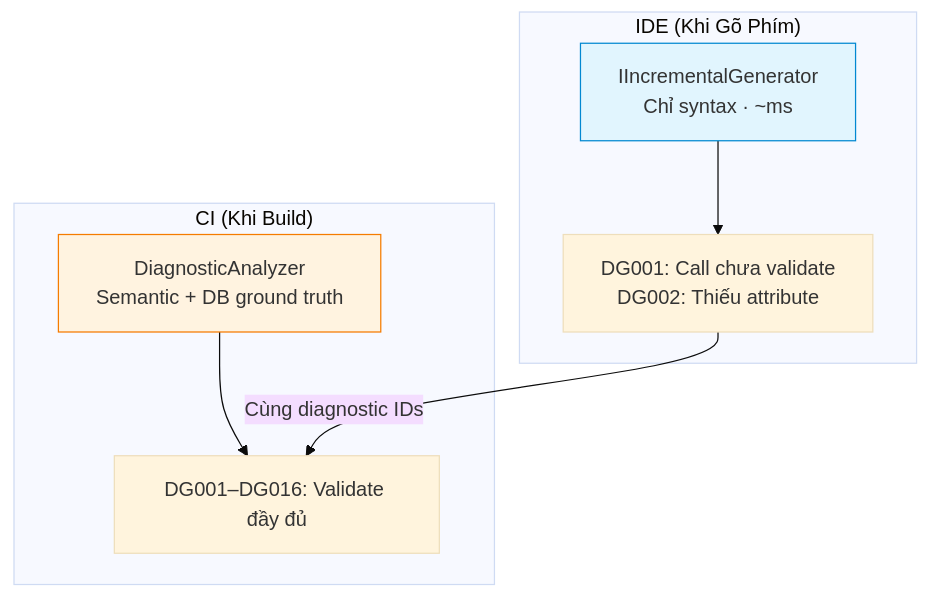
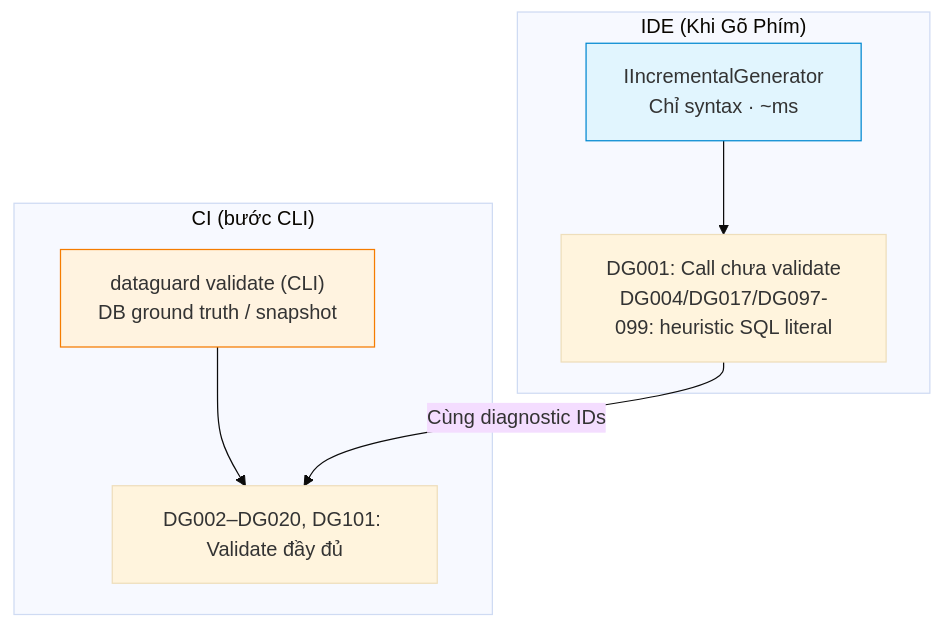
The sixth of 8 diagrams in docs/02-architecture/design-philosophy.vi.md (thanhnt-sm/eco_support_net_oracle), drawn with Mermaid (base theme) before and after one commit. The commit also changed other lines of this file and 408 other files, not shown here.

````diff
--- a/docs/02-architecture/design-philosophy.vi.md
+++ b/docs/02-architecture/design-philosophy.vi.md
@@ -211,17 +212,17 @@
 ```mermaid
 flowchart TD
     subgraph "IDE (Khi Gõ Phím)"
         A["IIncrementalGenerator<br/>Chỉ syntax · ~ms"]
-        A --> B["DG001: Call chưa validate<br/>DG002: Thiếu attribute"]
+        A --> B["DG001: Call chưa validate<br/>DG004/DG017/DG097-099: heuristic SQL literal"]
     end
 
-    subgraph "CI (Khi Build)"
-        C["DiagnosticAnalyzer<br/>Semantic + DB ground truth"]
-        C --> D["DG001–DG016: Validate đầy đủ"]
+    subgraph "CI (bước CLI)"
+        C["dataguard validate (CLI)<br/>DB ground truth / snapshot"]
+        C --> D["DG002–DG020, DG101: Validate đầy đủ"]
     end
 
     B -->|"Cùng diagnostic IDs"| D
 
     style A fill:#e1f5fe,stroke:#0288d1
     style C fill:#fff3e0,stroke:#f57c00
 ```
````
